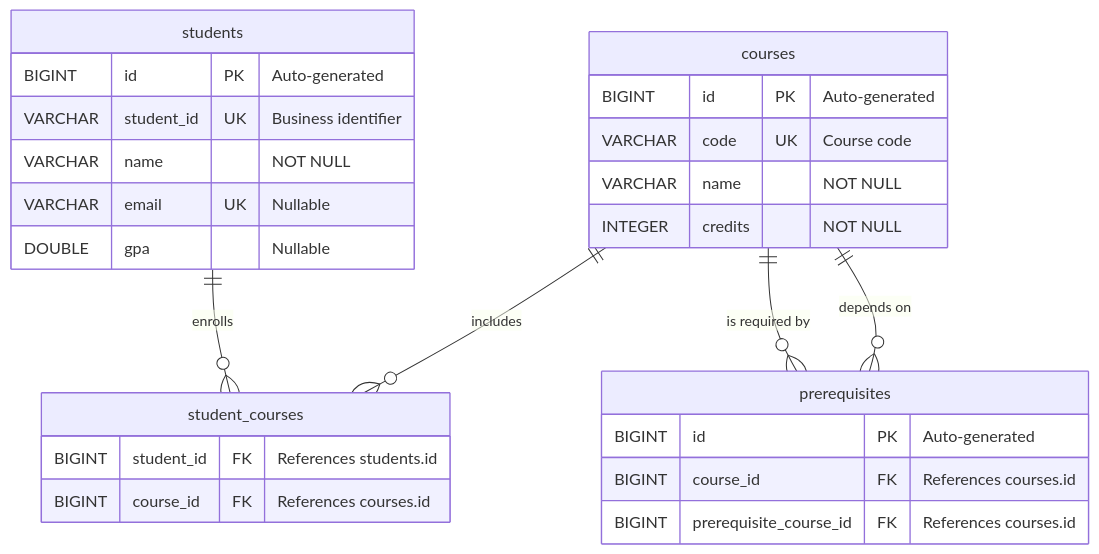
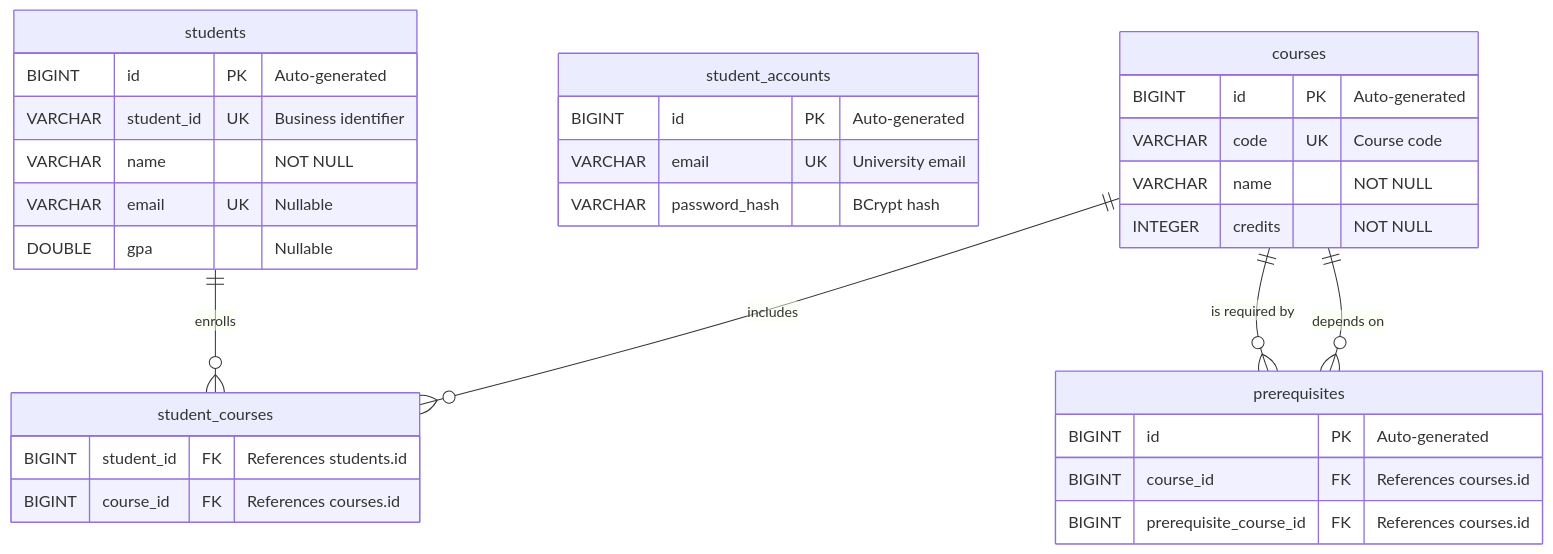
One commit to forq-forq-forq/academic-advisor changed the diagram in docs/db/schema.md. Above: the diagram before and after it, drawn with Mermaid. The commit also changed other lines of this file and 10 other files, not shown here.

Commit message:
feat: add student email registration

````diff
--- a/docs/db/schema.md
+++ b/docs/db/schema.md
@@ -7,33 +7,38 @@
 ```mermaid
 erDiagram
     students ||--o{ student_courses : enrolls
+    student_accounts {
+        BIGINT id PK "Auto-generated"
+        VARCHAR email UK "University email"
+        VARCHAR password_hash "BCrypt hash"
+    }
     courses ||--o{ student_courses : includes
     courses ||--o{ prerequisites : "is required by"
     courses ||--o{ prerequisites : "depends on"
 
     students {
         BIGINT id PK "Auto-generated"
         VARCHAR student_id UK "Business identifier"
         VARCHAR name "NOT NULL"
         VARCHAR email UK "Nullable"
         DOUBLE gpa "Nullable"
     }
 
     courses {
         BIGINT id PK "Auto-generated"
         VARCHAR code UK "Course code"
         VARCHAR name "NOT NULL"
         INTEGER credits "NOT NULL"
     }
 
     prerequisites {
         BIGINT id PK "Auto-generated"
         BIGINT course_id FK "References courses.id"
         BIGINT prerequisite_course_id FK "References courses.id"
     }
 
     student_courses {
         BIGINT student_id FK "References students.id"
         BIGINT course_id FK "References courses.id"
     }
 ```
````
